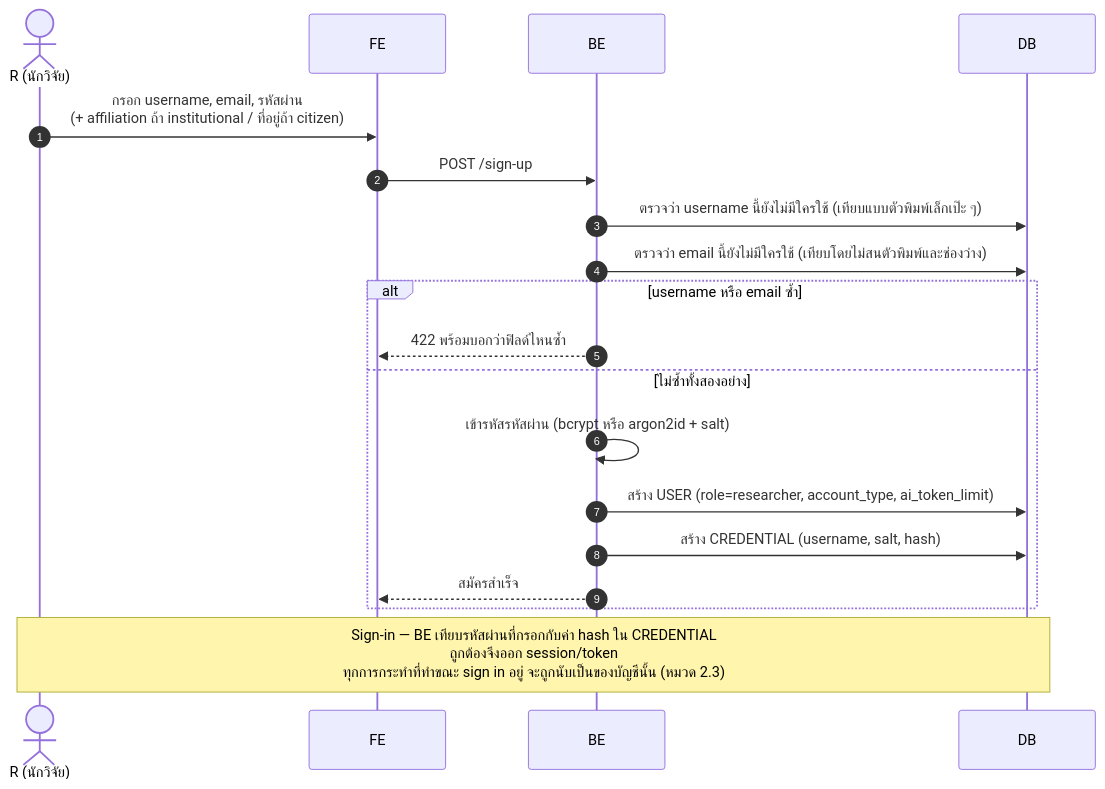
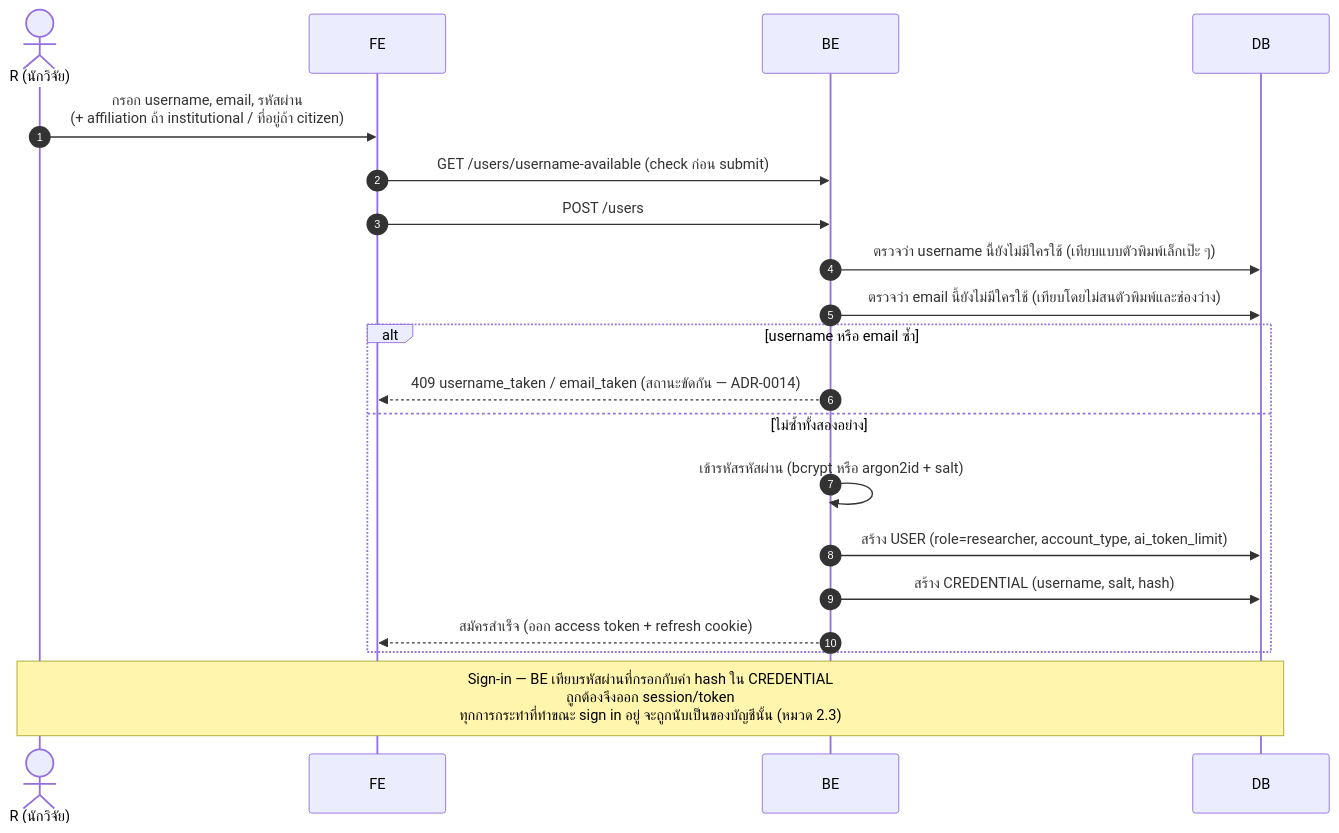
One commit to Open-Science-and-Data-management/Backend changed the first of 18 diagrams in docs/architecture/sequence-diagrams.md. Above: the diagram before and after it, drawn with Mermaid. The commit also changed other lines of this file and 26 other files, not shown here.

````diff
--- a/docs/architecture/sequence-diagrams.md
+++ b/docs/architecture/sequence-diagrams.md
@@ -70,23 +77,24 @@
 ```mermaid
 sequenceDiagram
     autonumber
     actor R as R (นักวิจัย)
     participant FE as FE
     participant BE as BE
     participant DB as DB
 
     R->>FE: กรอก username, email, รหัสผ่าน<br/>(+ affiliation ถ้า institutional / ที่อยู่ถ้า citizen)
-    FE->>BE: POST /sign-up
+    FE->>BE: GET /users/username-available (check ก่อน submit)
+    FE->>BE: POST /users
     BE->>DB: ตรวจว่า username นี้ยังไม่มีใครใช้ (เทียบแบบตัวพิมพ์เล็กเป๊ะ ๆ)
     BE->>DB: ตรวจว่า email นี้ยังไม่มีใครใช้ (เทียบโดยไม่สนตัวพิมพ์และช่องว่าง)
     alt username หรือ email ซ้ำ
-        BE-->>FE: 422 พร้อมบอกว่าฟิลด์ไหนซ้ำ
+        BE-->>FE: 409 username_taken / email_taken (สถานะขัดกัน — ADR-0014)
     else ไม่ซ้ำทั้งสองอย่าง
         BE->>BE: เข้ารหัสรหัสผ่าน (bcrypt หรือ argon2id + salt)
         BE->>DB: สร้าง USER (role=researcher, account_type, ai_token_limit)
         BE->>DB: สร้าง CREDENTIAL (username, salt, hash)
-        BE-->>FE: สมัครสำเร็จ
+        BE-->>FE: สมัครสำเร็จ (ออก access token + refresh cookie)
     end
 
     Note over R,DB: Sign-in — BE เทียบรหัสผ่านที่กรอกกับค่า hash ใน CREDENTIAL<br/>ถูกต้องจึงออก session/token<br/>ทุกการกระทำที่ทำขณะ sign in อยู่ จะถูกนับเป็นของบัญชีนั้น (หมวด 2.3)
 ```
````
